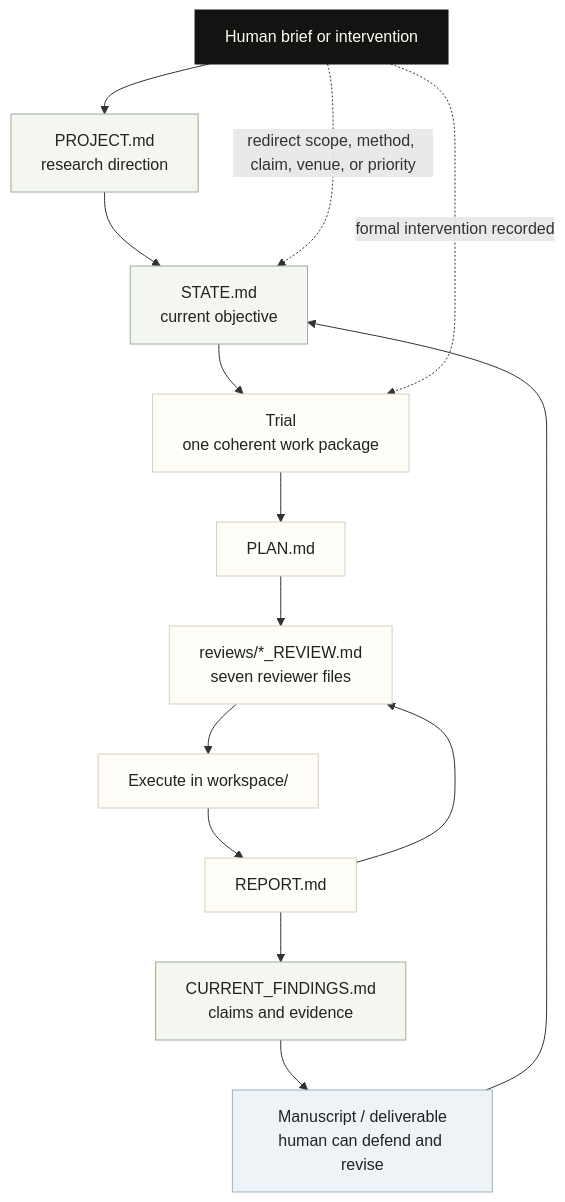
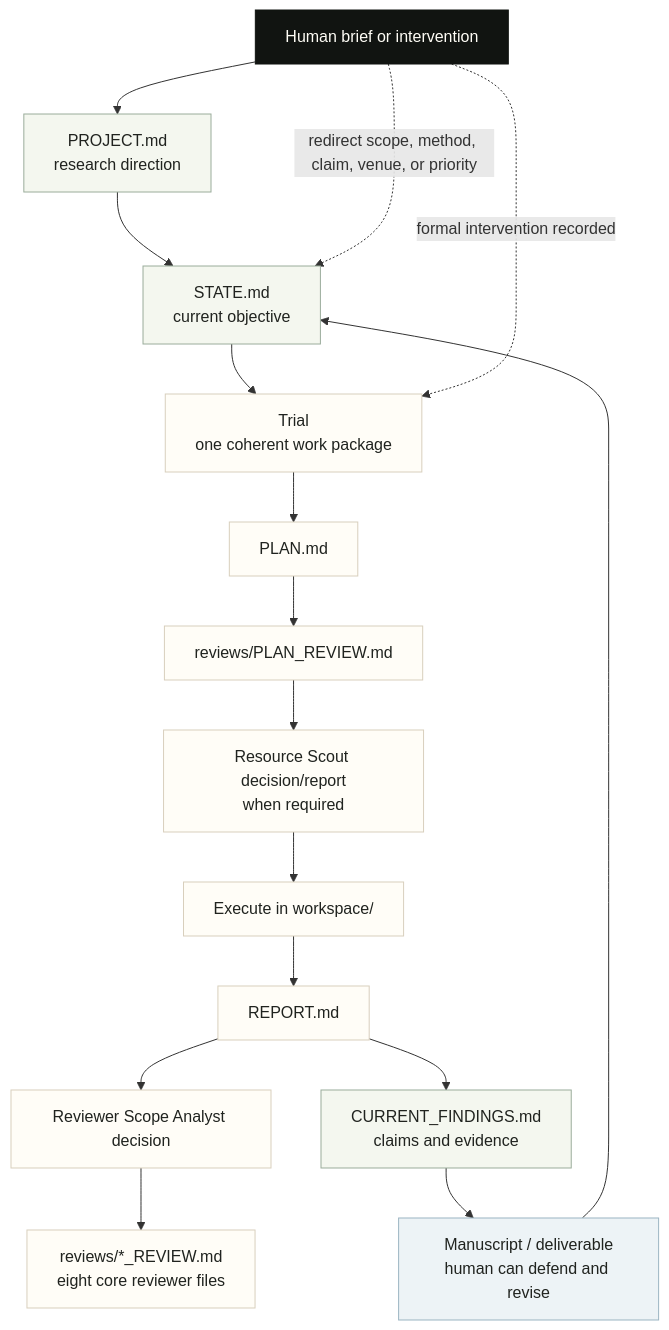
One commit to YihongT/CoAutoResearch changed the diagram in docs/conceptual-framework.md. Above: the diagram before and after it, drawn with Mermaid. The commit also changed other lines of this file and 27 other files, not shown here.

````diff
--- a/docs/conceptual-framework.md
+++ b/docs/conceptual-framework.md
@@ -9,27 +9,29 @@
 ```{mermaid}
 flowchart TD
   H["Human brief or intervention"] --> P["PROJECT.md<br/>research direction"]
   P --> S["STATE.md<br/>current objective"]
   S --> T["Trial<br/>one coherent work package"]
   T --> PL["PLAN.md"]
-  PL --> RV["reviews/*_REVIEW.md<br/>seven reviewer files"]
-  RV --> W["Execute in workspace/"]
+  PL --> PR["reviews/PLAN_REVIEW.md"]
+  PR --> RS["Resource Scout decision/report<br/>when required"]
+  RS --> W["Execute in workspace/"]
   W --> RP["REPORT.md"]
-  RP --> RV
+  RP --> RA["Reviewer Scope Analyst decision"]
+  RA --> RV["reviews/*_REVIEW.md<br/>eight core reviewer files"]
   RP --> F["CURRENT_FINDINGS.md<br/>claims and evidence"]
   F --> M["Manuscript / deliverable<br/>human can defend and revise"]
   M --> S
 
   H -. "redirect scope, method, claim, venue, or priority" .-> S
   H -. "formal intervention recorded" .-> T
 
   classDef human fill:#111411,color:#fffdf6,stroke:#111411;
   classDef truth fill:#f4f7ef,stroke:#9aac9b,color:#20231f;
   classDef trial fill:#fffdf7,stroke:#d8cfbd,color:#20231f;
   classDef output fill:#edf3f6,stroke:#9bb4c2,color:#20231f;
 
   class H human;
   class P,S,F truth;
-  class T,PL,RV,W,RP trial;
+  class T,PL,PR,RS,RA,RV,W,RP trial;
   class M output;
 ```
````
